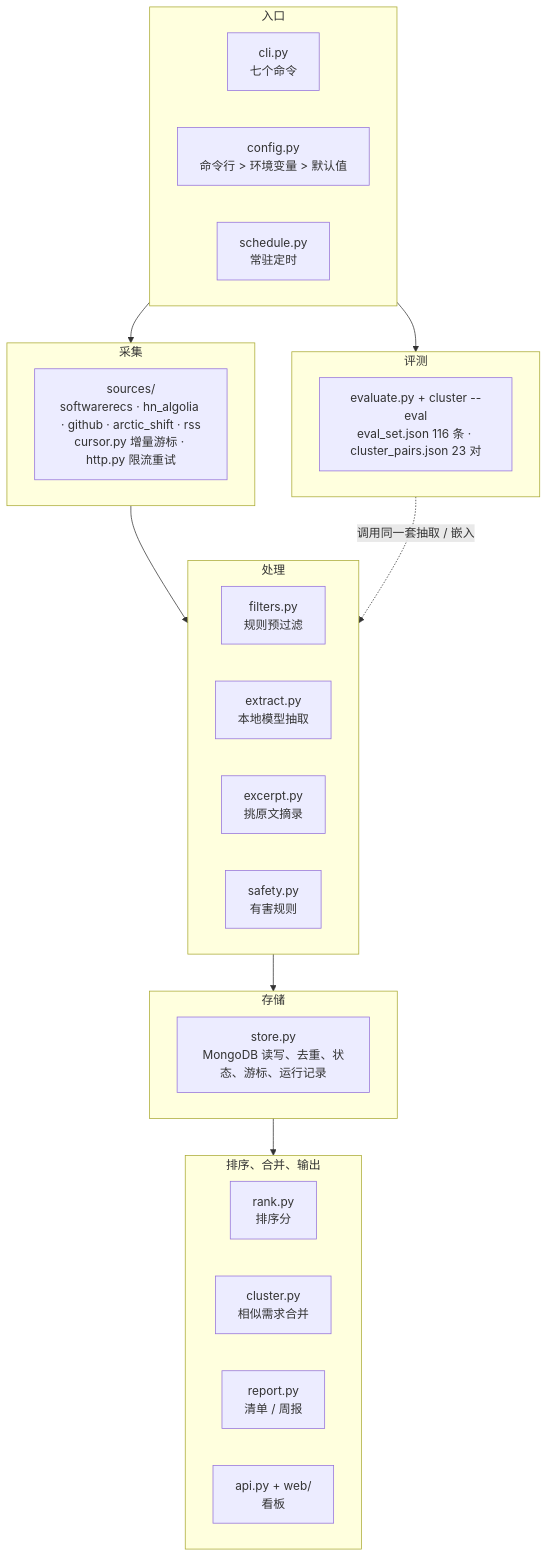
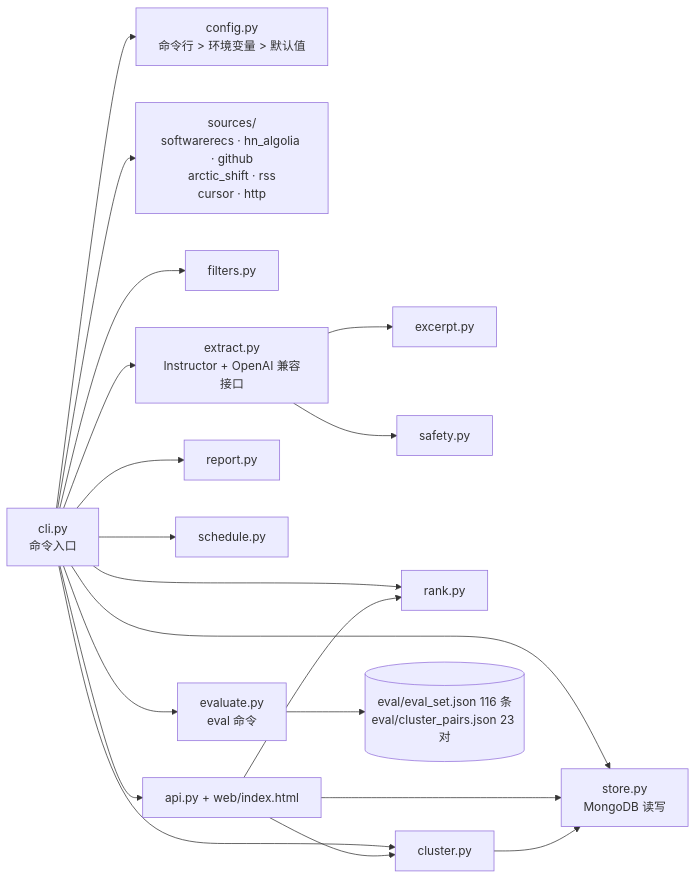
One commit to nanmuyao-tools/see changed the third of 4 diagrams in demand-radar/docs/architecture.md. Above: the diagram before and after it, drawn with Mermaid. The commit also changed other lines of this file and 2 other files, not shown here.

Commit message:
docs: 架构图的部署架构和代码模块两张换回初稿版式
按用户选择：部署架构恢复从左到右、五个数据源分框的版本；代码模块恢复以 cli.py 为中心的依赖图。
源码和图片同步替换。

````diff
--- a/demand-radar/docs/architecture.md
+++ b/demand-radar/docs/architecture.md
@@ -103,36 +112,21 @@
 ```mermaid
-flowchart TB
-    subgraph L1["入口"]
-        direction LR
-        CLI["cli.py<br/>七个命令"]
-        CFG["config.py<br/>命令行 > 环境变量 > 默认值"]
-        SCHD["schedule.py<br/>常驻定时"]
-    end
-    subgraph L2["采集"]
-        SRC["sources/<br/>softwarerecs · hn_algolia · github · arctic_shift · rss<br/>cursor.py 增量游标 · http.py 限流重试"]
-    end
-    subgraph L3["处理"]
-        direction LR
-        FIL["filters.py<br/>规则预过滤"]
-        EXT["extract.py<br/>本地模型抽取"]
-        EXC["excerpt.py<br/>挑原文摘录"]
-        SAF["safety.py<br/>有害规则"]
-    end
-    subgraph L4["存储"]
-        STO["store.py<br/>MongoDB 读写、去重、状态、游标、运行记录"]
-    end
-    subgraph L5["排序、合并、输出"]
-        direction LR
-        RNK["rank.py<br/>排序分"]
-        CLU["cluster.py<br/>相似需求合并"]
-        REP["report.py<br/>清单 / 周报"]
-        API["api.py + web/<br/>看板"]
-    end
-    subgraph L6["评测"]
-        EVA["evaluate.py + cluster --eval<br/>eval_set.json 116 条 · cluster_pairs.json 23 对"]
-    end
-
-    L1 --> L2 --> L3 --> L4 --> L5
-    L1 --> L6
-    L6 -.->|调用同一套抽取 / 嵌入| L3
+flowchart LR
+    CLI["cli.py<br/>命令入口"] --> CFG["config.py<br/>命令行 > 环境变量 > 默认值"]
+    CLI --> SRC["sources/<br/>softwarerecs · hn_algolia · github<br/>arctic_shift · rss<br/>cursor · http"]
+    CLI --> FIL["filters.py"]
+    CLI --> EXT["extract.py<br/>Instructor + OpenAI 兼容接口"]
+    EXT --> EXC["excerpt.py"]
+    EXT --> SAF["safety.py"]
+    CLI --> STO["store.py<br/>MongoDB 读写"]
+    CLI --> RNK["rank.py"]
+    CLI --> CLU["cluster.py"]
+    CLI --> REP["report.py"]
+    CLI --> SCHD["schedule.py"]
+    CLI --> API["api.py + web/index.html"]
+    CLI --> EVA["evaluate.py<br/>eval 命令"]
+    EVA --> DATA[("eval/eval_set.json 116 条<br/>eval/cluster_pairs.json 23 对")]
+    API --> STO
+    API --> RNK
+    API --> CLU
+    CLU --> STO
 ```
````
